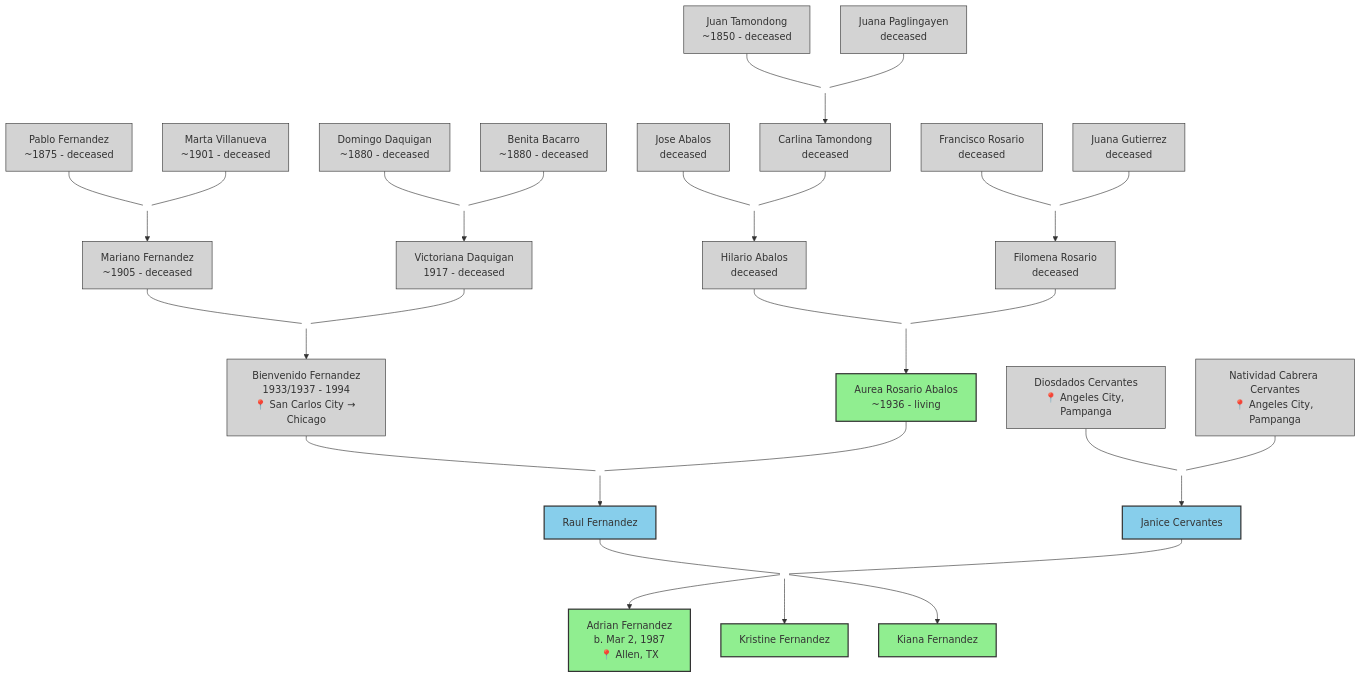
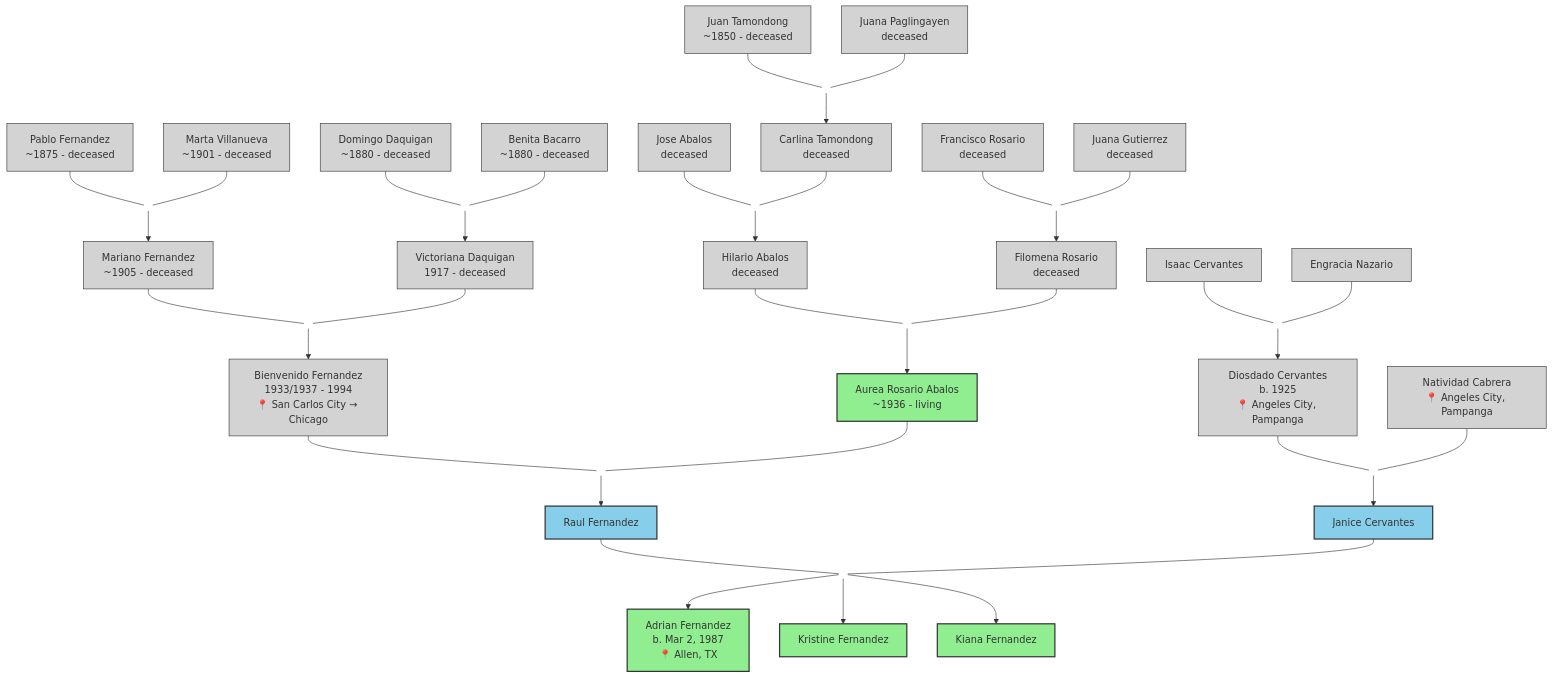
The diagram in family-tree.md (Desmond-Adrian-Assistant/fernandez-family-tree), drawn with Mermaid before and after one commit. The commit also changed other lines of this file and 4 other files, not shown here.

Commit message:
MAJOR: Found Cervantes marriage record (1950 Manila), Diosdado's parents Isaac Cervantes & Engracia Nazario, plus Abalos siblings Maria Concesa & Cosme

````diff
--- a/family-tree.md
+++ b/family-tree.md
@@ -3,74 +3,79 @@
 ```mermaid
 graph TD
     %% === FERNANDEZ SIDE (Father's) ===
     
     %% Great-Great-Great Grandparents
     JT["Juan Tamondong<br/>~1850 - deceased"] --- JT_JP
     JPag["Juana Paglingayen<br/>deceased"] --- JT_JP
     JT_JP((" ")) --> CT
 
     %% Great-Great Grandparents - Fernandez Line
     PF["Pablo Fernandez<br/>~1875 - deceased"] --- PF_MV
     MV["Marta Villanueva<br/>~1901 - deceased"] --- PF_MV
     PF_MV((" ")) --> MaF
 
     %% Great-Great Grandparents - Daquigan Line
     DD["Domingo Daquigan<br/>~1880 - deceased"] --- DD_BB
     BB["Benita Bacarro<br/>~1880 - deceased"] --- DD_BB
     DD_BB((" ")) --> VD
 
     %% Great-Great Grandparents - Abalos Line
     JA["Jose Abalos<br/>deceased"] --- JA_CT
     CT["Carlina Tamondong<br/>deceased"] --- JA_CT
     JA_CT((" ")) --> HA
 
     %% Great-Great Grandparents - Rosario Line
     FR["Francisco Rosario<br/>deceased"] --- FR_JG
     JGut["Juana Gutierrez<br/>deceased"] --- FR_JG
     FR_JG((" ")) --> FilR
 
     %% Great Grandparents - Fernandez
     MaF["Mariano Fernandez<br/>~1905 - deceased"] --- MaF_VD
     VD["Victoriana Daquigan<br/>1917 - deceased"] --- MaF_VD
     MaF_VD((" ")) --> BF
 
     %% Great Grandparents - Abalos
     HA["Hilario Abalos<br/>deceased"] --- HA_FR
     FilR["Filomena Rosario<br/>deceased"] --- HA_FR
     HA_FR((" ")) --> ARA
 
     %% Grandparents - Fernandez
     BF["Bienvenido Fernandez<br/>1933/1937 - 1994<br/>📍 San Carlos City → Chicago"] --- BF_ARA
     ARA["Aurea Rosario Abalos<br/>~1936 - living"] --- BF_ARA
     BF_ARA((" ")) --> RF
 
     %% === CERVANTES SIDE (Mother's) ===
     
+    %% Great Grandparents - Cervantes
+    IC["Isaac Cervantes"] --- IC_EN
+    EN["Engracia Nazario"] --- IC_EN
+    IC_EN((" ")) --> DC
+
     %% Grandparents - Cervantes
-    DC["Diosdados Cervantes<br/>📍 Angeles City, Pampanga"] --- DC_NC
-    NC["Natividad Cabrera Cervantes<br/>📍 Angeles City, Pampanga"] --- DC_NC
+    DC["Diosdado Cervantes<br/>b. 1925<br/>📍 Angeles City, Pampanga"] --- DC_NC
+    NC["Natividad Cabrera<br/>📍 Angeles City, Pampanga"] --- DC_NC
     DC_NC((" ")) --> JC
 
     %% Parents
     RF["Raul Fernandez"] --- RF_JC
     JC["Janice Cervantes"] --- RF_JC
     RF_JC((" ")) --> AF
     RF_JC((" ")) --> KF
     RF_JC((" ")) --> KiF
 
     %% Children
     AF["Adrian Fernandez<br/>b. Mar 2, 1987<br/>📍 Allen, TX"]
     KF["Kristine Fernandez"]
     KiF["Kiana Fernandez"]
 
     %% Styling
     classDef living fill:#90EE90,stroke:#333,stroke-width:2px
     classDef deceased fill:#D3D3D3,stroke:#333,stroke-width:1px
     classDef current fill:#87CEEB,stroke:#333,stroke-width:2px
     classDef connector fill:none,stroke:none
 
     class ARA,AF,KF,KiF living
-    class JT,JPag,PF,MV,DD,BB,JA,CT,FR,JGut,MaF,VD,HA,FilR,BF,DC,NC deceased
+    class JT,JPag,PF,MV,DD,BB,JA,CT,FR,JGut,MaF,VD,HA,FilR,BF,IC,EN,DC,NC deceased
     class RF,JC current
-    class JT_JP,PF_MV,DD_BB,JA_CT,FR_JG,MaF_VD,HA_FR,BF_ARA,DC_NC,RF_JC connector
+    class JT_JP,PF_MV,DD_BB,JA_CT,FR_JG,MaF_VD,HA_FR,BF_ARA,IC_EN,DC_NC,RF_JC connector
 ```
````
